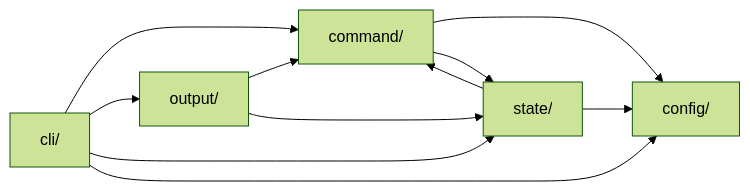
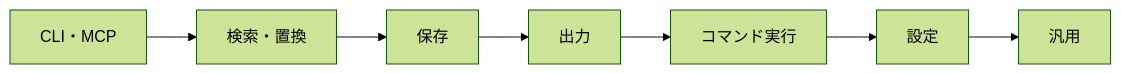
The diagram in docs/development/architecture.md (ak110/pyfltr), drawn with Mermaid (forest theme) before and after one commit. The commit also changed other lines of this file and 274 other files, not shown here.

````diff
--- a/docs/development/architecture.md
+++ b/docs/development/architecture.md
@@ -69,18 +48,9 @@
 ```mermaid
 flowchart LR
-    cli[cli/]
-    command[command/]
-    output[output/]
-    state[state/]
-    config[config/]
-    cli --> command
-    cli --> output
-    cli --> state
-    cli --> config
-    command --> config
-    command --> state
-    output --> command
-    output --> state
-    state --> command
-    state --> config
+    cli[CLI・MCP] --> grep[検索・置換]
+    grep --> state[保存]
+    state --> output[出力]
+    output --> command[コマンド実行]
+    command --> config[設定]
+    config --> common[汎用]
 ```
````
